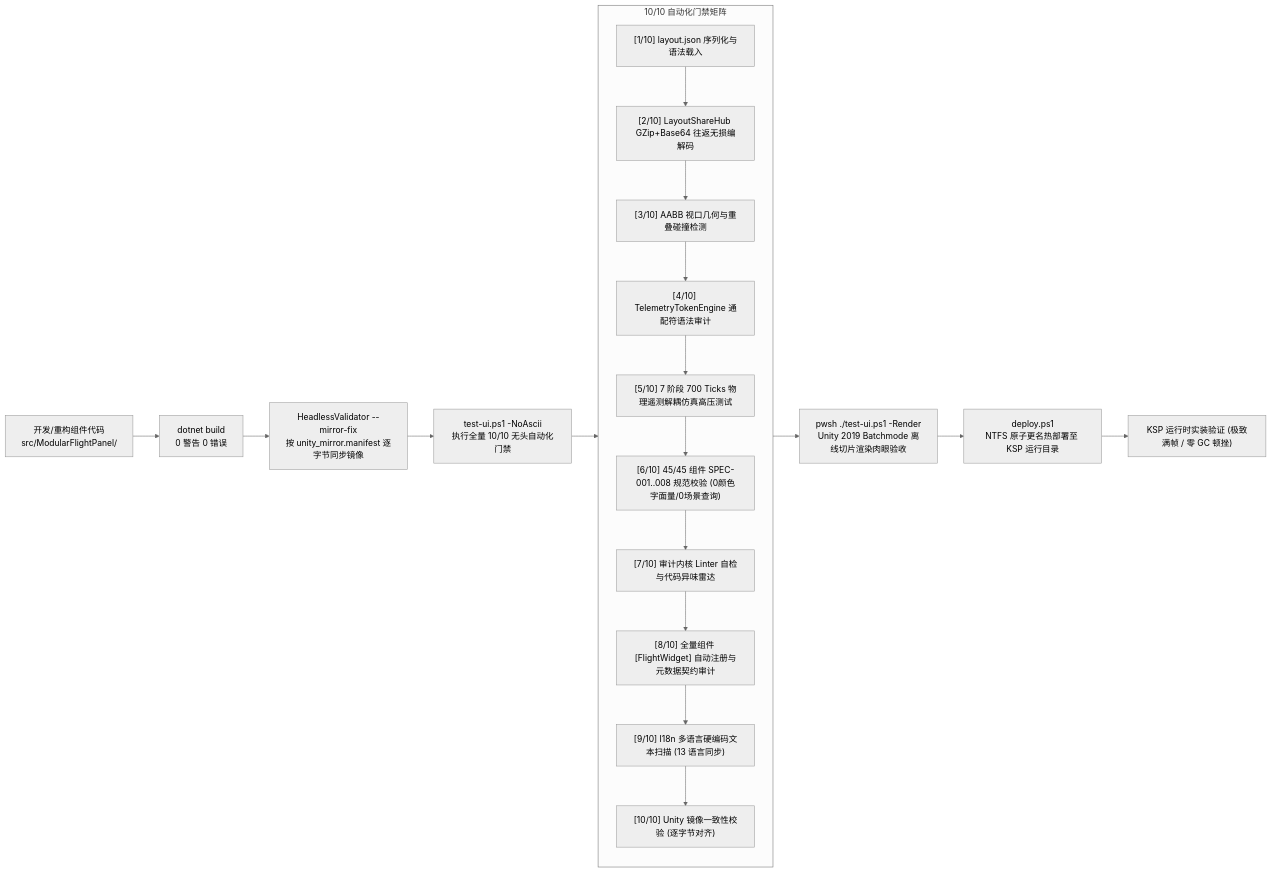
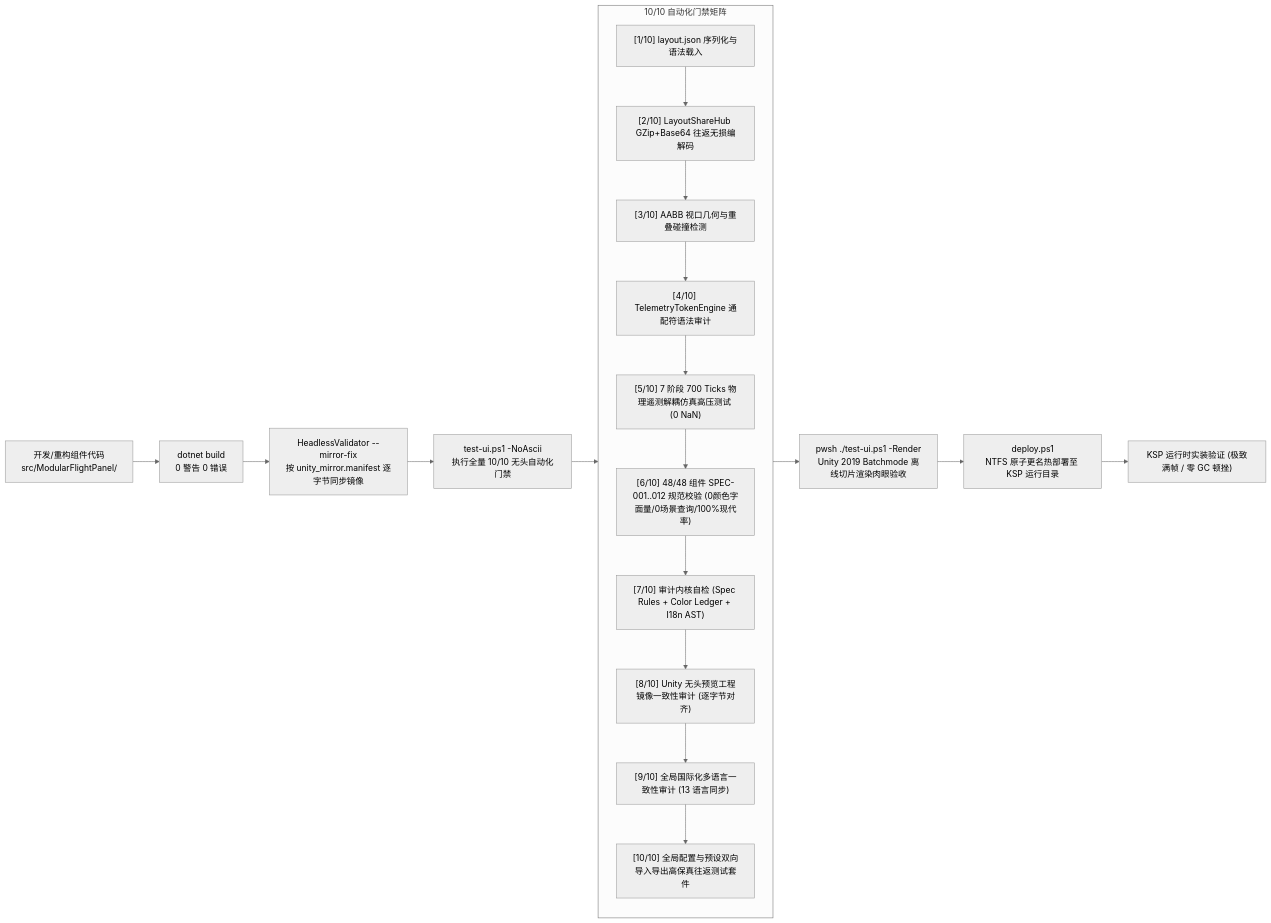
Before and after one commit to DiaoDaiaChan/KSP_ModularFlightPanel: the seventh of 7 diagrams in ARCHITECTURE.md, drawn with Mermaid (neutral theme). The commit also changed other lines of this file and 14 other files, not shown here.

````diff
--- a/ARCHITECTURE.md
+++ b/ARCHITECTURE.md
@@ -366,28 +411,28 @@
 ```mermaid
 flowchart LR
     Dev["开发/重构组件代码<br/>src/ModularFlightPanel/"] --> Build["dotnet build<br/>0 警告 0 错误"]
-    
+
     Build --> SyncMirror["HeadlessValidator --mirror-fix<br/>按 unity_mirror.manifest 逐字节同步镜像"]
-    
+
     SyncMirror --> Gate["test-ui.ps1 -NoAscii<br/>执行全量 10/10 无头自动化门禁"]
-    
+
     subgraph TenGates["10/10 自动化门禁矩阵"]
         direction TB
         G1["[1/10] layout.json 序列化与语法载入"]
         G2["[2/10] LayoutShareHub GZip+Base64 往返无损编解码"]
         G3["[3/10] AABB 视口几何与重叠碰撞检测"]
         G4["[4/10] TelemetryTokenEngine 通配符语法审计"]
-        G5["[5/10] 7 阶段 700 Ticks 物理遥测解耦仿真高压测试"]
-        G6["[6/10] 45/45 组件 SPEC-001..008 规范校验 (0颜色字面量/0场景查询)"]
-        G7["[7/10] 审计内核 Linter 自检与代码异味雷达"]
-        G8["[8/10] 全量组件 [FlightWidget] 自动注册与元数据契约审计"]
-        G9["[9/10] I18n 多语言硬编码文本扫描 (13 语言同步)"]
-        G10["[10/10] Unity 镜像一致性校验 (逐字节对齐)"]
+        G5["[5/10] 7 阶段 700 Ticks 物理遥测解耦仿真高压测试 (0 NaN)"]
+        G6["[6/10] 48/48 组件 SPEC-001..012 规范校验 (0颜色字面量/0场景查询/100%现代率)"]
+        G7["[7/10] 审计内核自检 (Spec Rules + Color Ledger + I18n AST)"]
+        G8["[8/10] Unity 无头预览工程镜像一致性审计 (逐字节对齐)"]
+        G9["[9/10] 全局国际化多语言一致性审计 (13 语言同步)"]
+        G10["[10/10] 全局配置与预设双向导入导出高保真往返测试套件"]
         G1 --> G2 --> G3 --> G4 --> G5 --> G6 --> G7 --> G8 --> G9 --> G10
     end
-    
+
     Gate --> TenGates
     TenGates --> BatchRender["pwsh ./test-ui.ps1 -Render<br/>Unity 2019 Batchmode 离线切片渲染肉眼验收"]
     BatchRender --> Deploy["deploy.ps1<br/>NTFS 原子更名热部署至 KSP 运行目录"]
     Deploy --> KSP_Run["KSP 运行时实装验证 (极致满帧 / 零 GC 顿挫)"]
 ```
````
